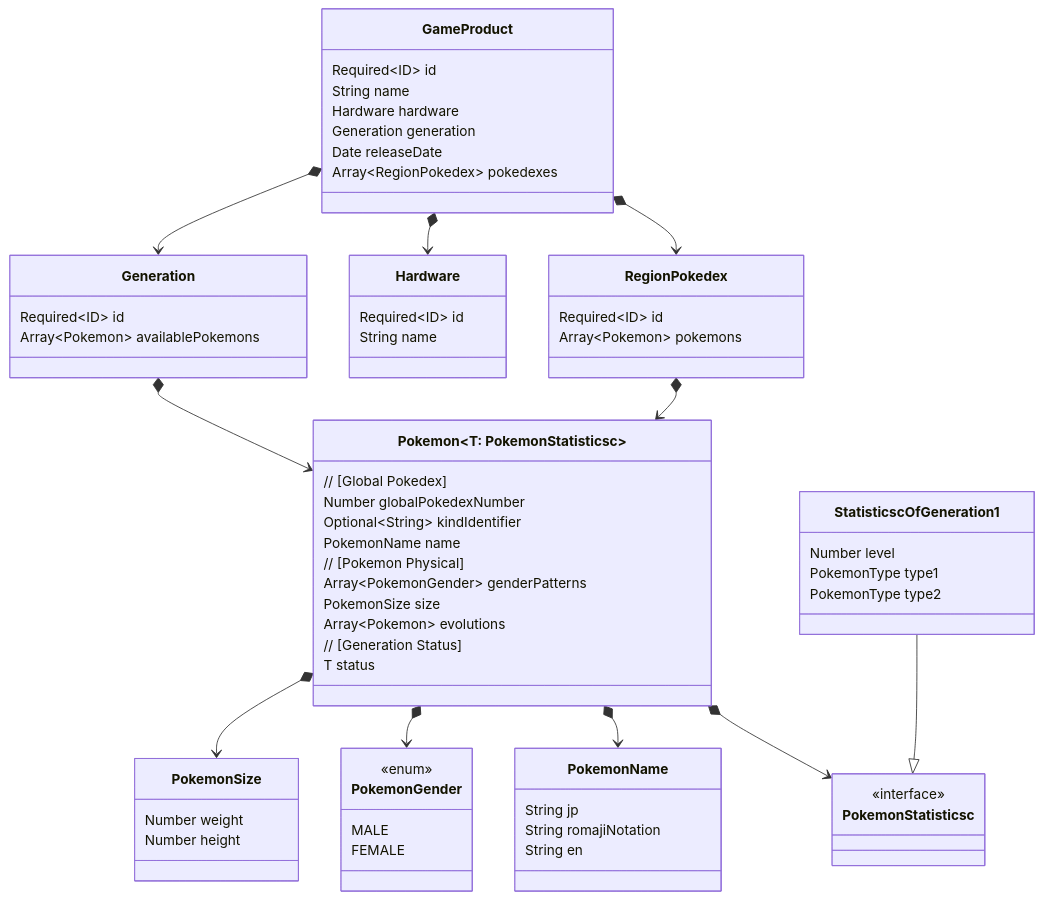
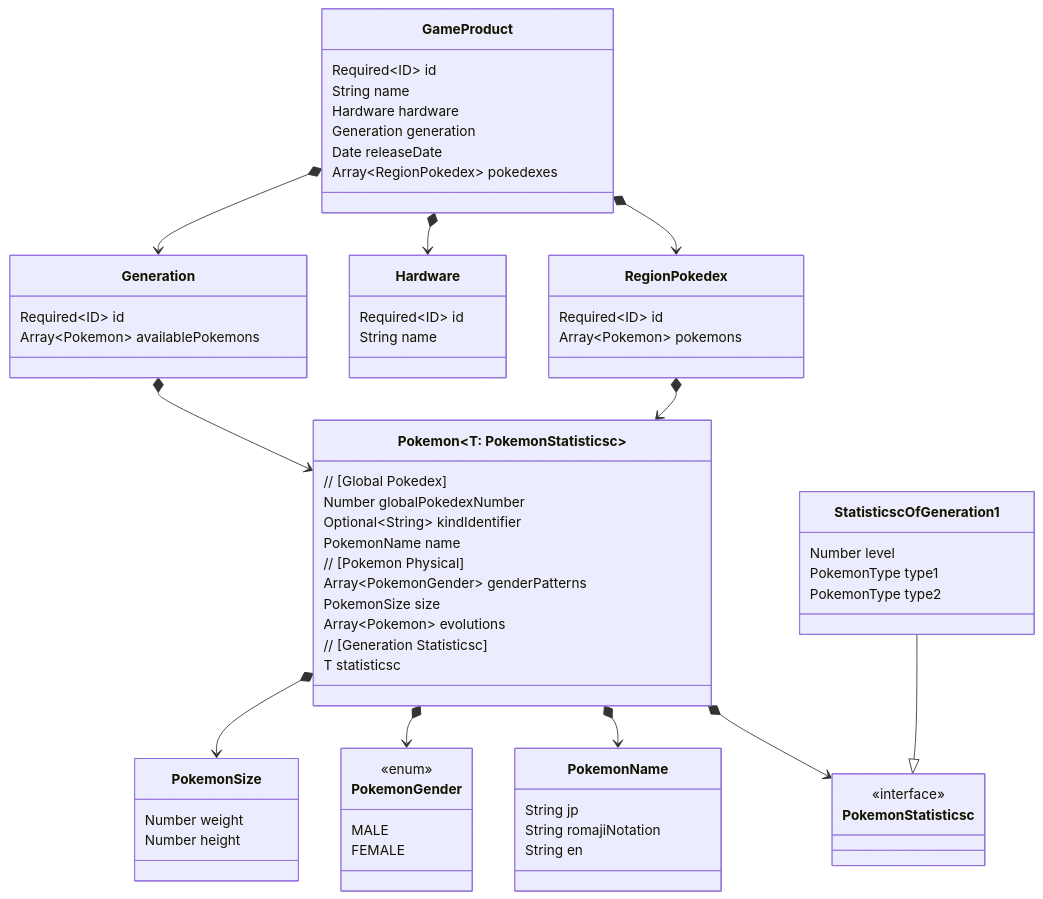
One commit to O6lvl4/pokemon-doc changed the diagram in pokemon-class.md. Above: the diagram before and after it, drawn with Mermaid.

Commit message:
Fix statisticsc name

````diff
--- a/pokemon-class.md
+++ b/pokemon-class.md
@@ -1,79 +1,79 @@
 ```mermaid
 classDiagram
 
     class Pokemon~T: PokemonStatisticsc~ {
         // [Global Pokedex]
         Number globalPokedexNumber
         Optional~String~ kindIdentifier
         PokemonName name
 
         // [Pokemon Physical]
         Array~PokemonGender~ genderPatterns
         PokemonSize size
         Array~Pokemon~ evolutions
 
-        // [Generation Status]
-        T status
+        // [Generation Statisticsc]
+        T statisticsc
     }
     Pokemon *--> PokemonSize
     Pokemon *--> PokemonGender
     Pokemon *--> PokemonName
     Pokemon *--> PokemonStatisticsc
 
     class PokemonSize {
         Number weight
         Number height
     }
 
     class PokemonGender {
         <<enum>>
         MALE
         FEMALE
     }
 
     class PokemonName {
         String jp
         String romajiNotation
         String en
     }
 
     class Generation {
         Required~ID~ id
         Array~Pokemon~ availablePokemons
     }
     Generation *--> Pokemon
 
     class PokemonStatisticsc {
         <<interface>>
     }
 
     class StatisticscOfGeneration1 {
         Number level
         PokemonType type1
         PokemonType type2
     }
     StatisticscOfGeneration1 --|> PokemonStatisticsc
 
     class GameProduct {
         Required~ID~ id
         String name
         Hardware hardware
         Generation generation
         Date releaseDate
         Array~RegionPokedex~ pokedexes
     }
     GameProduct *--> Hardware
     GameProduct *--> Generation
     GameProduct *--> RegionPokedex
 
     class Hardware {
         Required~ID~ id
         String name
     }
 
     class RegionPokedex {
         Required~ID~ id
         Array~Pokemon~ pokemons
     }
     RegionPokedex *--> Pokemon
 ```
````
